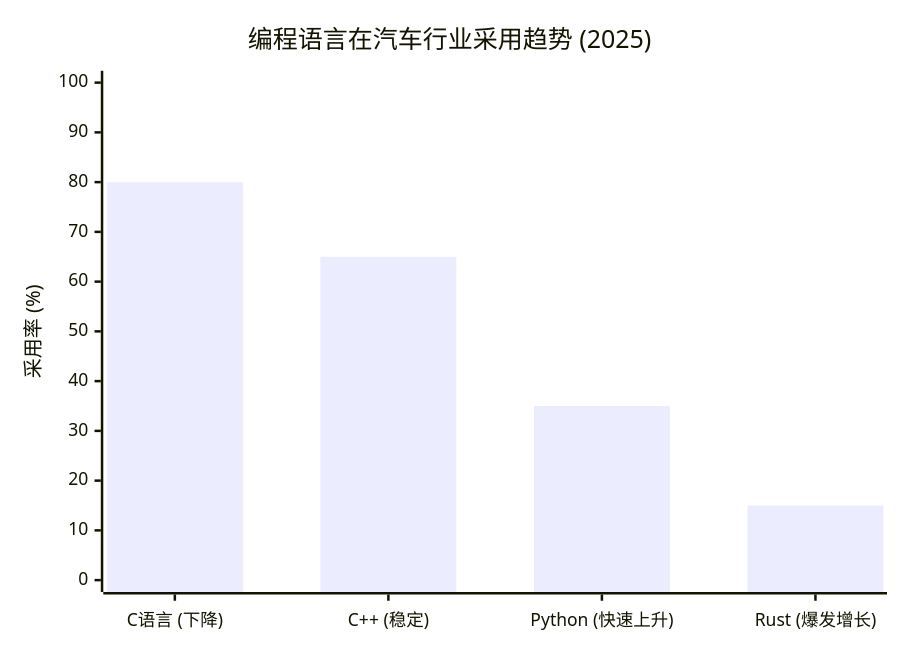
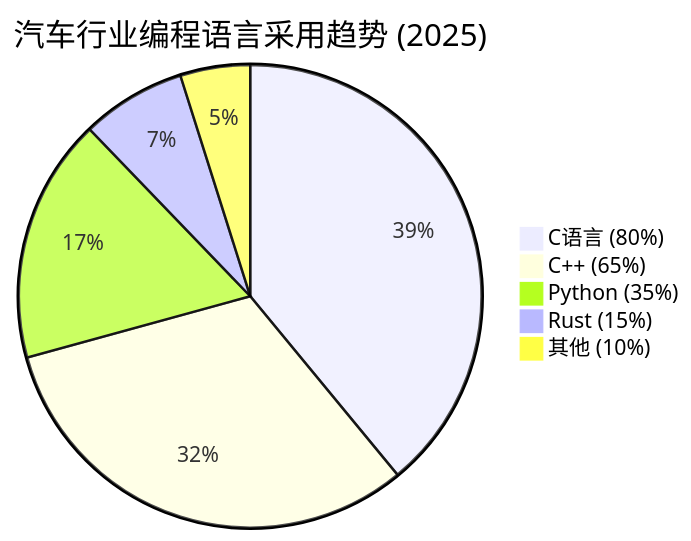
The third of 4 diagrams in source/_posts/2026-04-15-automotive-soc-agent-language-analysis.md (xuqi2024/xuqi2024.github.io), drawn with Mermaid before and after one commit. The commit also changed other lines of this file, not shown here.

Commit message:
更新: 汽车SOC文章改用Mermaid图表

````diff
--- a/source/_posts/2026-04-15-automotive-soc-agent-language-analysis.md
+++ b/source/_posts/2026-04-15-automotive-soc-agent-language-analysis.md
@@ -164,7 +175,8 @@
 ```mermaid
-xychart-beta
-    title "编程语言在汽车行业采用趋势 (2025)"
-    x-axis ["C语言 (下降)", "C++ (稳定)", "Python (快速上升)", "Rust (爆发增长)"]
-    y-axis "采用率 (%)" 0 --> 100
-    bar [80, 65, 35, 15]
+pie title 汽车行业编程语言采用趋势 (2025)
+    "C语言 (80%)" : 80
+    "C++ (65%)" : 65
+    "Python (35%)" : 35
+    "Rust (15%)" : 15
+    "其他 (10%)" : 10
 ```
````
